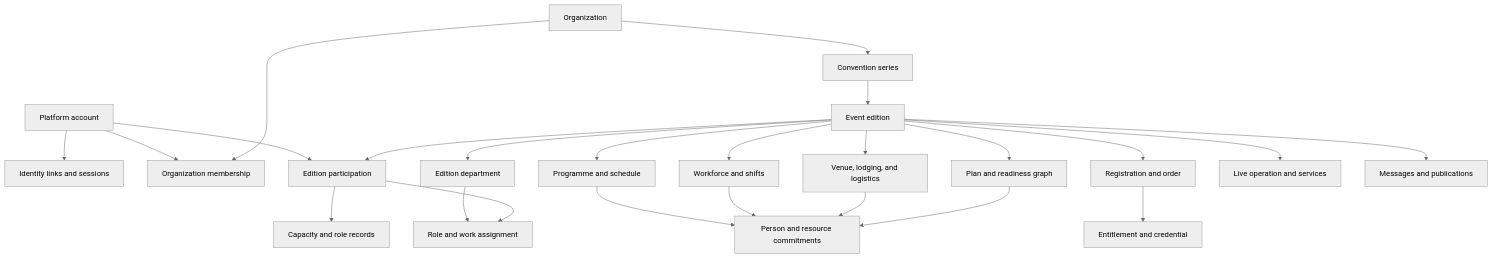
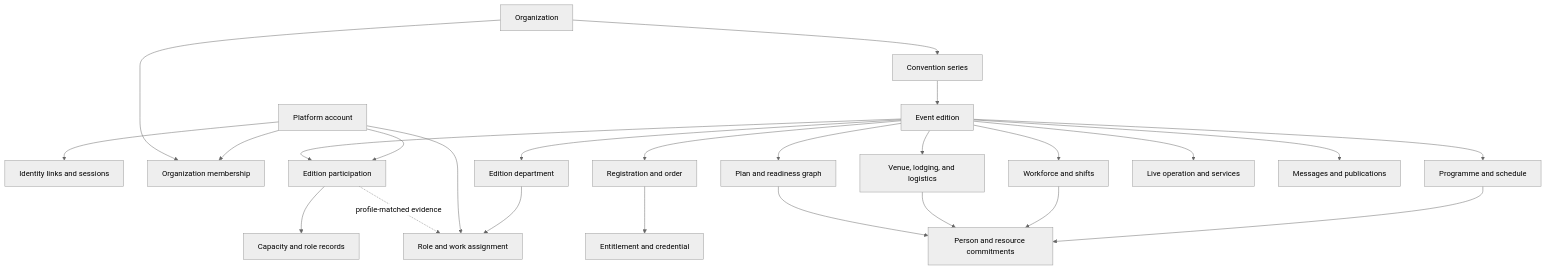
The diagram in docs/domain/domain-model.md (martonpornoi/maru), drawn with Mermaid (neutral theme) before and after one commit. The commit also changed other lines of this file and 16 other files, not shown here.

First line of the commit message:
Make Position assignment evidence profile-aware (#55)

````diff
--- a/docs/domain/domain-model.md
+++ b/docs/domain/domain-model.md
@@ -32,28 +32,29 @@
 ```mermaid
 flowchart TD
     Account["Platform account"] --> Identity["Identity links and sessions"]
     Account --> Membership["Organization membership"]
     Org["Organization"] --> Membership
     Org --> Series["Convention series"]
     Series --> Edition["Event edition"]
     Account --> Participation["Edition participation"]
     Edition --> Participation
     Participation --> Capacity["Capacity and role records"]
     Edition --> Department["Edition department"]
     Department --> Assignment["Role and work assignment"]
-    Participation --> Assignment
+    Account --> Assignment
+    Participation -. "profile-matched evidence" .-> Assignment
 
     Edition --> Plan["Plan and readiness graph"]
     Edition --> Registration["Registration and order"]
     Edition --> Programme["Programme and schedule"]
     Edition --> Workforce["Workforce and shifts"]
     Edition --> Venue["Venue, lodging, and logistics"]
     Edition --> Operations["Live operation and services"]
     Edition --> Communications["Messages and publications"]
 
     Registration --> Credential["Entitlement and credential"]
     Programme --> Commitment["Person and resource commitments"]
     Workforce --> Commitment
     Venue --> Commitment
     Plan --> Commitment
 ```
````
